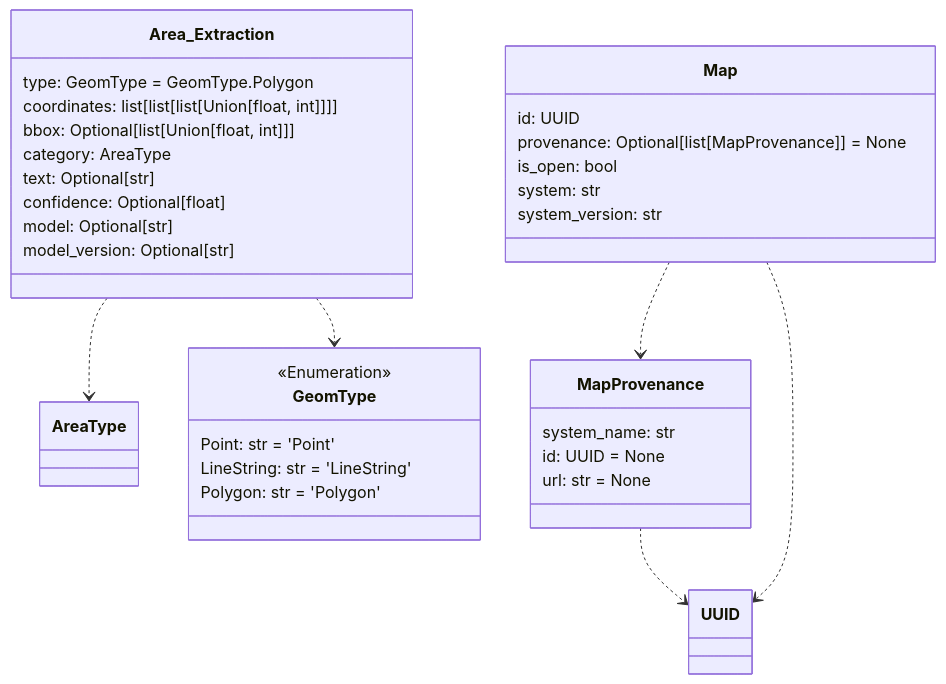
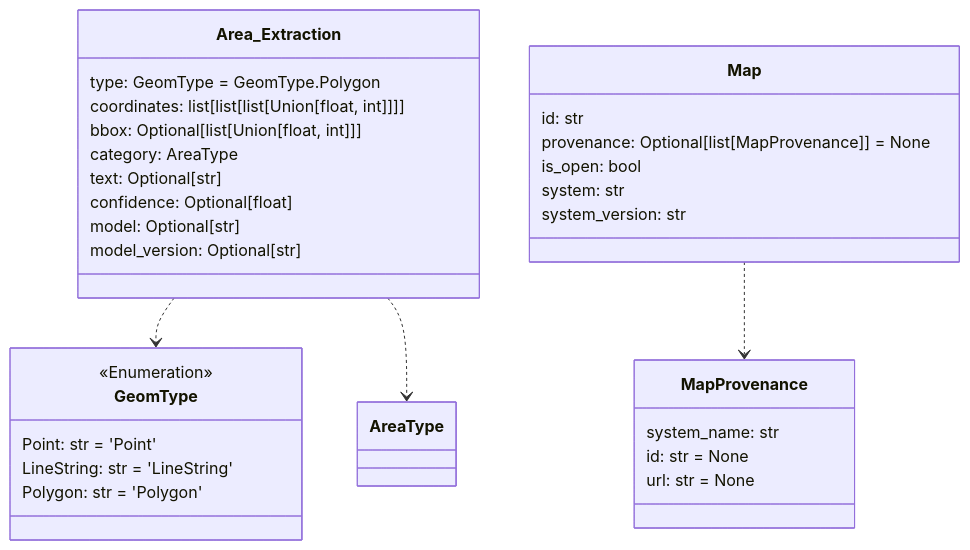
Diagram 11 of 11 in README.md (DARPA-CRITICALMAAS/cdr_schemas), drawn with Mermaid before and after one commit. The commit also changed other lines of this file and 3 other files, not shown here.

````diff
--- a/README.md
+++ b/README.md
@@ -819,43 +815,41 @@
 ```mermaid
 classDiagram
 
     class Area_Extraction {
         type: GeomType = GeomType.Polygon
         coordinates: list[list[list[Union[float, int]]]]
         bbox: Optional[list[Union[float, int]]]
         category: AreaType
         text: Optional[str]
         confidence: Optional[float]
         model: Optional[str]
         model_version: Optional[str]
     }
 
-    class MapProvenance {
-        system_name: str
-        id: UUID = None
-        url: str = None
-    }
-
-    class Map {
-        id: UUID
-        provenance: Optional[list[MapProvenance]] = None
-        is_open: bool
-        system: str
-        system_version: str
-    }
-
     class GeomType {
         <<Enumeration>>
         Point: str = 'Point'
         LineString: str = 'LineString'
         Polygon: str = 'Polygon'
     }
 
+    class Map {
+        id: str
+        provenance: Optional[list[MapProvenance]] = None
+        is_open: bool
+        system: str
+        system_version: str
+    }
+
+    class MapProvenance {
+        system_name: str
+        id: str = None
+        url: str = None
+    }
+
+    Area_Extraction ..> GeomType
     Area_Extraction ..> AreaType
-    Area_Extraction ..> GeomType
-    MapProvenance ..> UUID
     Map ..> MapProvenance
-    Map ..> UUID
 
 
 ```
````
